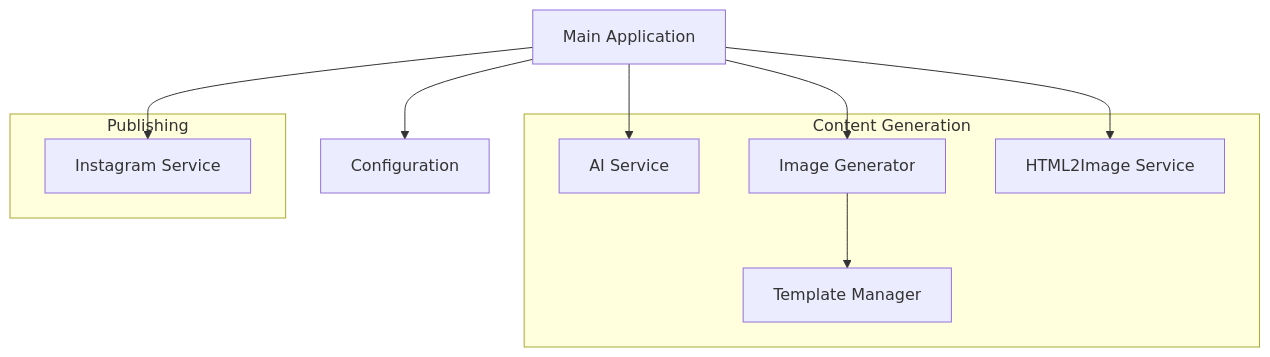
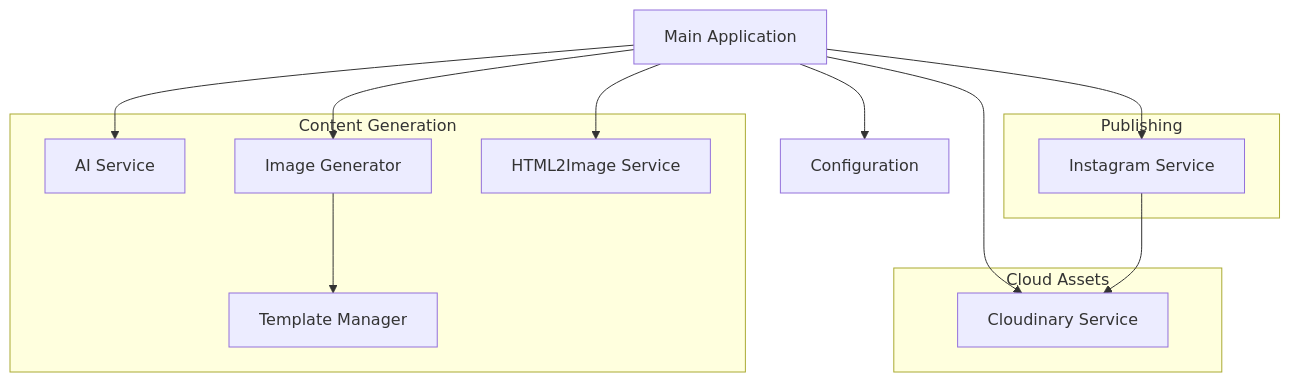
Before and after one commit to SuyeshBadge/fixin5mins: the diagram in memory-bank/systemPatterns.md, drawn with Mermaid. The commit also changed other lines of this file and 2 other files, not shown here.

````diff
--- a/memory-bank/systemPatterns.md
+++ b/memory-bank/systemPatterns.md
@@ -6,20 +6,26 @@
 ```mermaid
 graph TD
     A[Main Application] --> B[AI Service]
     A --> C[Image Generator]
     A --> D[HTML2Image Service]
     A --> E[Instagram Service]
+    A --> F[Cloudinary Service]
     C --> T[Template Manager]
     A --> G[Configuration]
+    E --> F
     
     subgraph Content Generation
       B
       C
       D
       T
     end
     
+    subgraph Cloud Assets
+      F
+    end
+    
     subgraph Publishing
       E
     end
 ```
````
